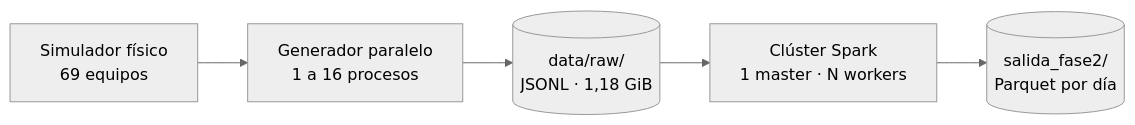
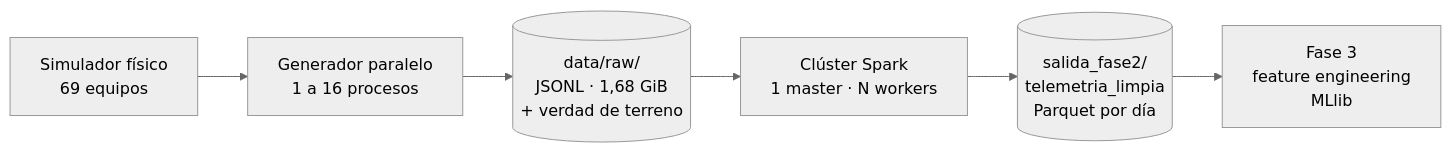
Before and after one commit to manque28/Proyecto-Generador-de-logs-Crudos-Masivos-para-Puerto-Coquimbo: the diagram in README.md, drawn with Mermaid (neutral theme). The commit also changed other lines of this file and 7 other files, not shown here.

````diff
--- a/README.md
+++ b/README.md
@@ -22,7 +23,8 @@
 ```mermaid
 flowchart LR
     A[Simulador físico<br>69 equipos] --> B[Generador paralelo<br>1 a 16 procesos]
-    B --> C[(data/raw/<br>JSONL · 1,18 GiB)]
+    B --> C[(data/raw/<br>JSONL · 1,68 GiB<br>+ verdad de terreno)]
     C --> D[Clúster Spark<br>1 master · N workers]
-    D --> E[(salida_fase2/<br>Parquet por día)]
+    D --> E[(salida_fase2/<br>telemetria_limpia<br>Parquet por día)]
+    E --> F[Fase 3<br>feature engineering<br>MLlib]
 ```
````
